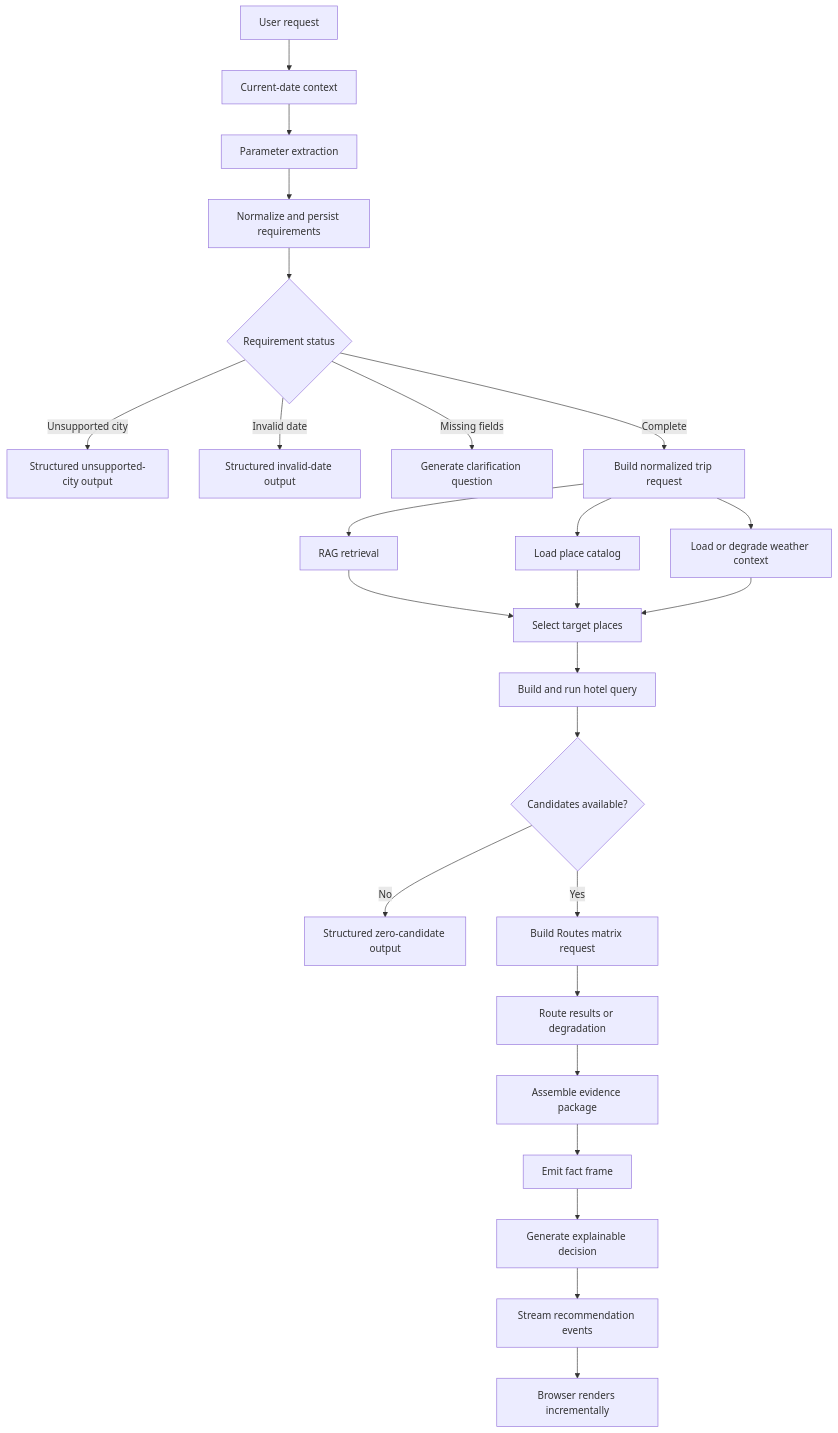
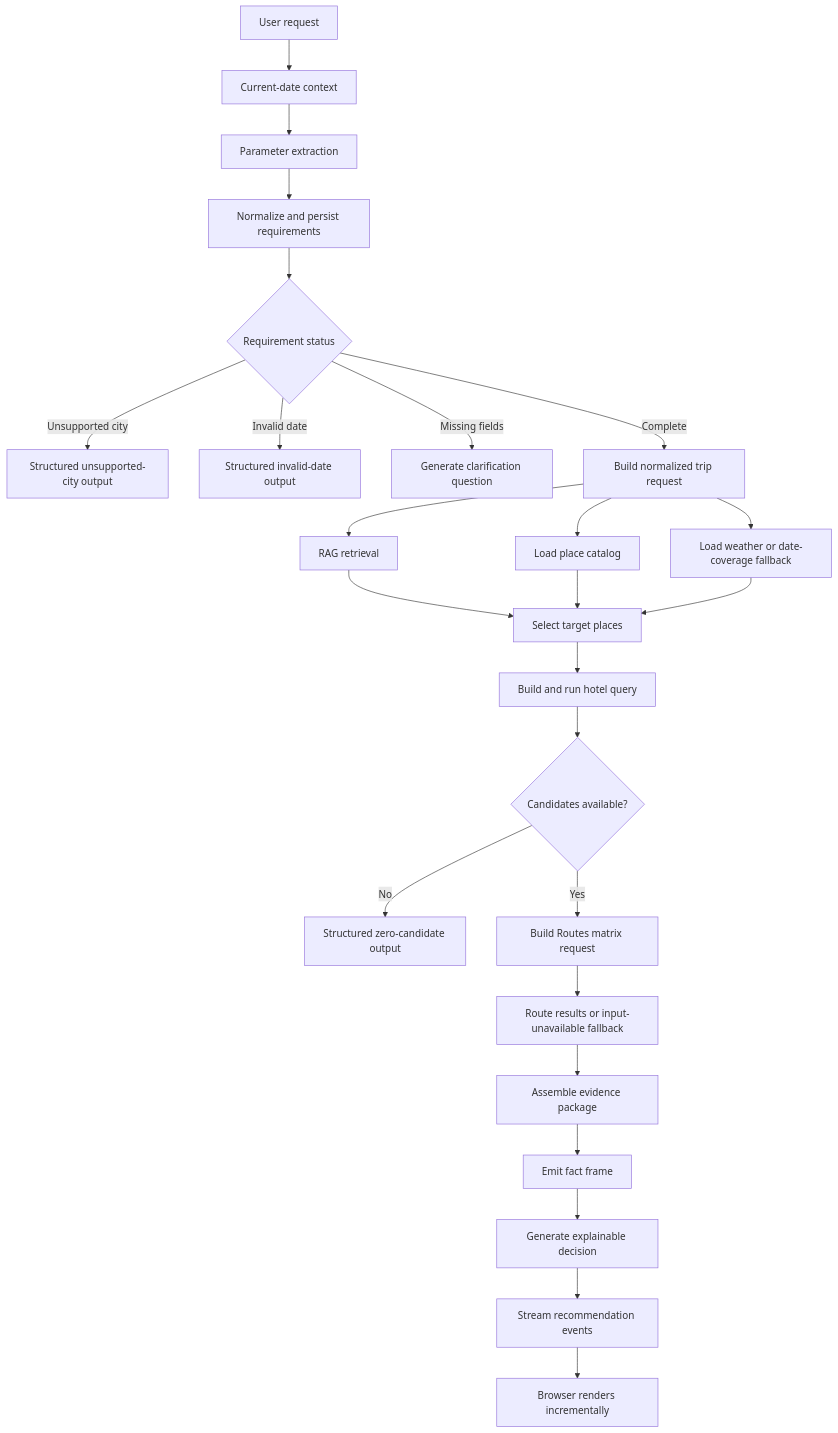
The second of 2 diagrams in README.md (Bagekyl/travel-stay-agent), drawn with Mermaid before and after one commit. The commit also changed other lines of this file and 5 other files, not shown here.

````diff
--- a/README.md
+++ b/README.md
@@ -76,29 +78,29 @@
 ```mermaid
 flowchart TD
     A[User request] --> B[Current-date context]
     B --> C[Parameter extraction]
     C --> D[Normalize and persist requirements]
     D --> E{Requirement status}
 
     E -->|Unsupported city| U[Structured unsupported-city output]
     E -->|Invalid date| V[Structured invalid-date output]
     E -->|Missing fields| Q[Generate clarification question]
     E -->|Complete| F[Build normalized trip request]
 
     F --> K[RAG retrieval]
     F --> P[Load place catalog]
-    F --> W[Load or degrade weather context]
+    F --> W[Load weather or date-coverage fallback]
     K --> S[Select target places]
     P --> S
     W --> S
     S --> H[Build and run hotel query]
     H --> J{Candidates available?}
     J -->|No| N[Structured zero-candidate output]
     J -->|Yes| R[Build Routes matrix request]
-    R --> G[Route results or degradation]
+    R --> G[Route results or input-unavailable fallback]
     G --> X[Assemble evidence package]
     X --> FF[Emit fact frame]
     FF --> L[Generate explainable decision]
     L --> O[Stream recommendation events]
     O --> Z[Browser renders incrementally]
 ```
````
